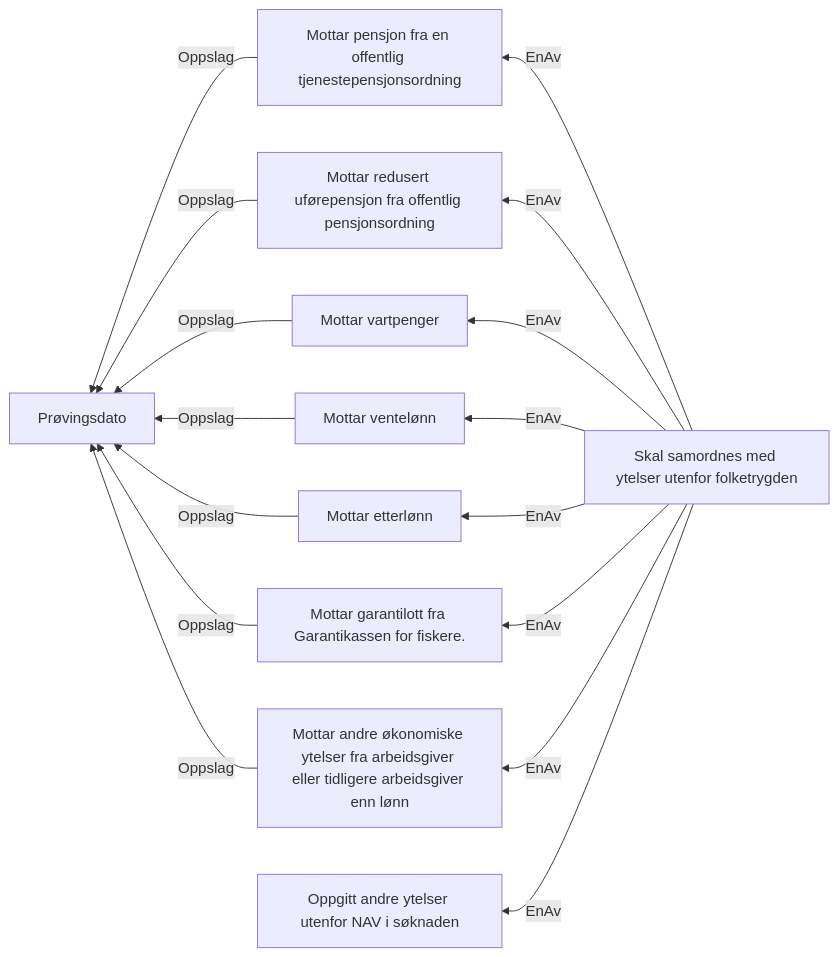
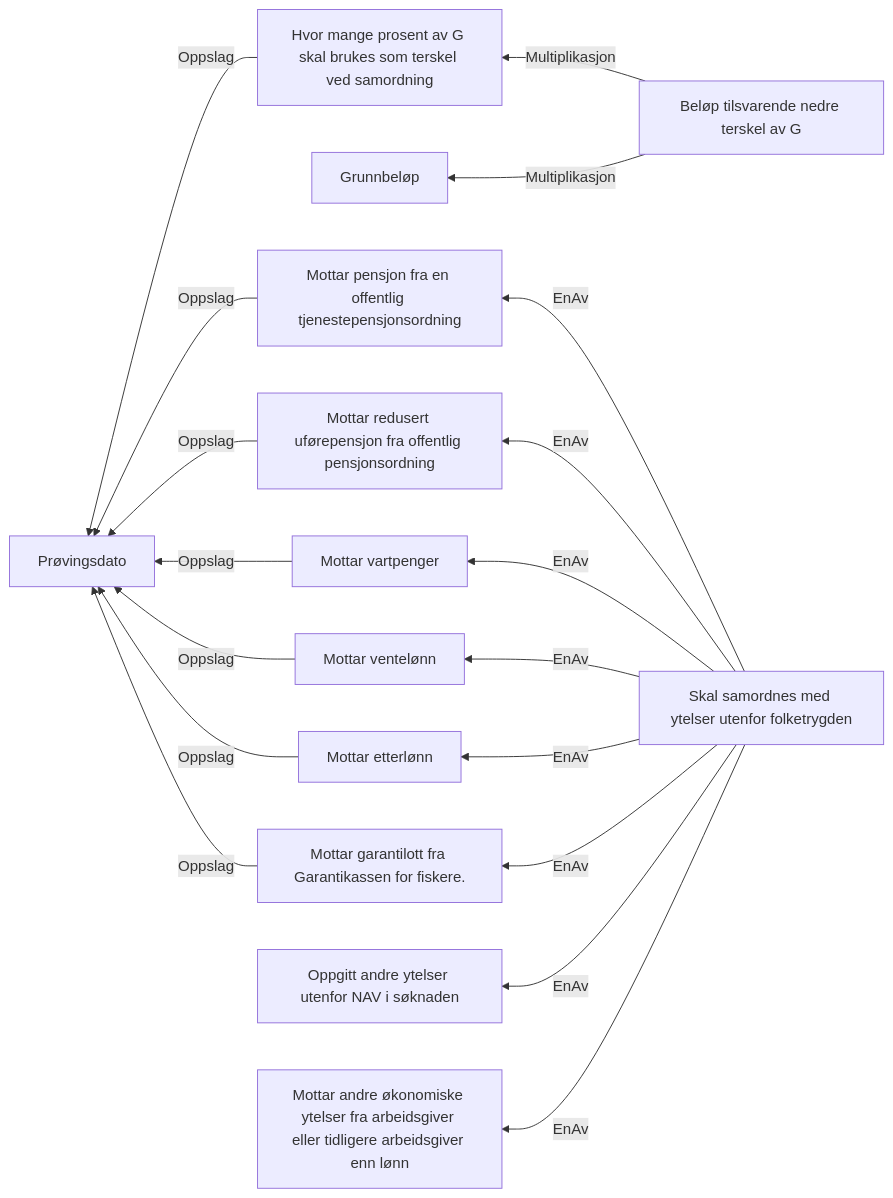
One commit to navikt/dp-vedtak changed the diagram in docs/regler/§ 4-26.Samordning med ytelser utenfor folketrygden.approved.md. Above: the diagram before and after it, drawn with Mermaid. The commit also changed 9 other files, not shown here.

Commit message:
Hent inn AndreØkonomiskeYtelser fra utsiden

````diff
--- a/docs/regler/§ 4-26.Samordning med ytelser utenfor folketrygden.approved.md
+++ b/docs/regler/§ 4-26.Samordning med ytelser utenfor folketrygden.approved.md
@@ -5,18 +5,20 @@
 ```mermaid
 graph RL
-  A["Mottar pensjon fra en offentlig tjenestepensjonsordning"] -->|"Oppslag"| B["Prøvingsdato"]
-  C["Mottar redusert uførepensjon fra offentlig pensjonsordning"] -->|"Oppslag"| B["Prøvingsdato"]
-  D["Mottar vartpenger"] -->|"Oppslag"| B["Prøvingsdato"]
-  E["Mottar ventelønn"] -->|"Oppslag"| B["Prøvingsdato"]
-  F["Mottar etterlønn"] -->|"Oppslag"| B["Prøvingsdato"]
-  G["Mottar garantilott fra Garantikassen for fiskere."] -->|"Oppslag"| B["Prøvingsdato"]
-  H["Mottar andre økonomiske ytelser fra arbeidsgiver eller tidligere arbeidsgiver enn lønn"] -->|"Oppslag"| B["Prøvingsdato"]
-  I["Skal samordnes med ytelser utenfor folketrygden"] -->|"EnAv"| J["Oppgitt andre ytelser utenfor NAV i søknaden"]
-  I["Skal samordnes med ytelser utenfor folketrygden"] -->|"EnAv"| A["Mottar pensjon fra en offentlig tjenestepensjonsordning"]
-  I["Skal samordnes med ytelser utenfor folketrygden"] -->|"EnAv"| C["Mottar redusert uførepensjon fra offentlig pensjonsordning"]
-  I["Skal samordnes med ytelser utenfor folketrygden"] -->|"EnAv"| D["Mottar vartpenger"]
-  I["Skal samordnes med ytelser utenfor folketrygden"] -->|"EnAv"| E["Mottar ventelønn"]
-  I["Skal samordnes med ytelser utenfor folketrygden"] -->|"EnAv"| F["Mottar etterlønn"]
-  I["Skal samordnes med ytelser utenfor folketrygden"] -->|"EnAv"| G["Mottar garantilott fra Garantikassen for fiskere."]
-  I["Skal samordnes med ytelser utenfor folketrygden"] -->|"EnAv"| H["Mottar andre økonomiske ytelser fra arbeidsgiver eller tidligere arbeidsgiver enn lønn"]
+  A["Hvor mange prosent av G skal brukes som terskel ved samordning"] -->|"Oppslag"| B["Prøvingsdato"]
+  C["Beløp tilsvarende nedre terskel av G"] -->|"Multiplikasjon"| D["Grunnbeløp"]
+  C["Beløp tilsvarende nedre terskel av G"] -->|"Multiplikasjon"| A["Hvor mange prosent av G skal brukes som terskel ved samordning"]
+  E["Mottar pensjon fra en offentlig tjenestepensjonsordning"] -->|"Oppslag"| B["Prøvingsdato"]
+  F["Mottar redusert uførepensjon fra offentlig pensjonsordning"] -->|"Oppslag"| B["Prøvingsdato"]
+  G["Mottar vartpenger"] -->|"Oppslag"| B["Prøvingsdato"]
+  H["Mottar ventelønn"] -->|"Oppslag"| B["Prøvingsdato"]
+  I["Mottar etterlønn"] -->|"Oppslag"| B["Prøvingsdato"]
+  J["Mottar garantilott fra Garantikassen for fiskere."] -->|"Oppslag"| B["Prøvingsdato"]
+  K["Skal samordnes med ytelser utenfor folketrygden"] -->|"EnAv"| L["Oppgitt andre ytelser utenfor NAV i søknaden"]
+  K["Skal samordnes med ytelser utenfor folketrygden"] -->|"EnAv"| E["Mottar pensjon fra en offentlig tjenestepensjonsordning"]
+  K["Skal samordnes med ytelser utenfor folketrygden"] -->|"EnAv"| F["Mottar redusert uførepensjon fra offentlig pensjonsordning"]
+  K["Skal samordnes med ytelser utenfor folketrygden"] -->|"EnAv"| G["Mottar vartpenger"]
+  K["Skal samordnes med ytelser utenfor folketrygden"] -->|"EnAv"| H["Mottar ventelønn"]
+  K["Skal samordnes med ytelser utenfor folketrygden"] -->|"EnAv"| I["Mottar etterlønn"]
+  K["Skal samordnes med ytelser utenfor folketrygden"] -->|"EnAv"| J["Mottar garantilott fra Garantikassen for fiskere."]
+  K["Skal samordnes med ytelser utenfor folketrygden"] -->|"EnAv"| M["Mottar andre økonomiske ytelser fra arbeidsgiver eller tidligere arbeidsgiver enn lønn"]
 ```
````
